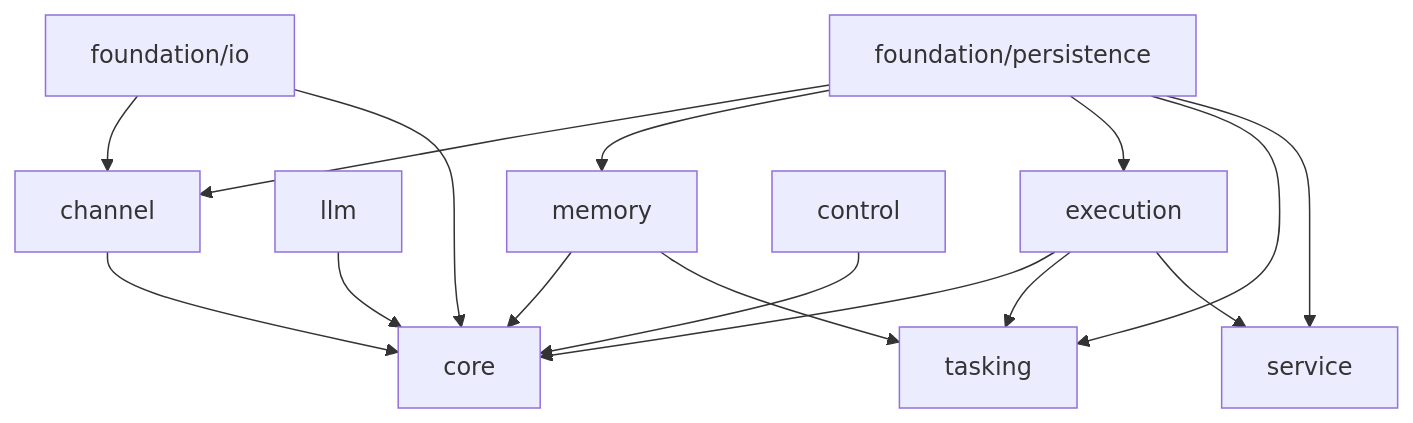
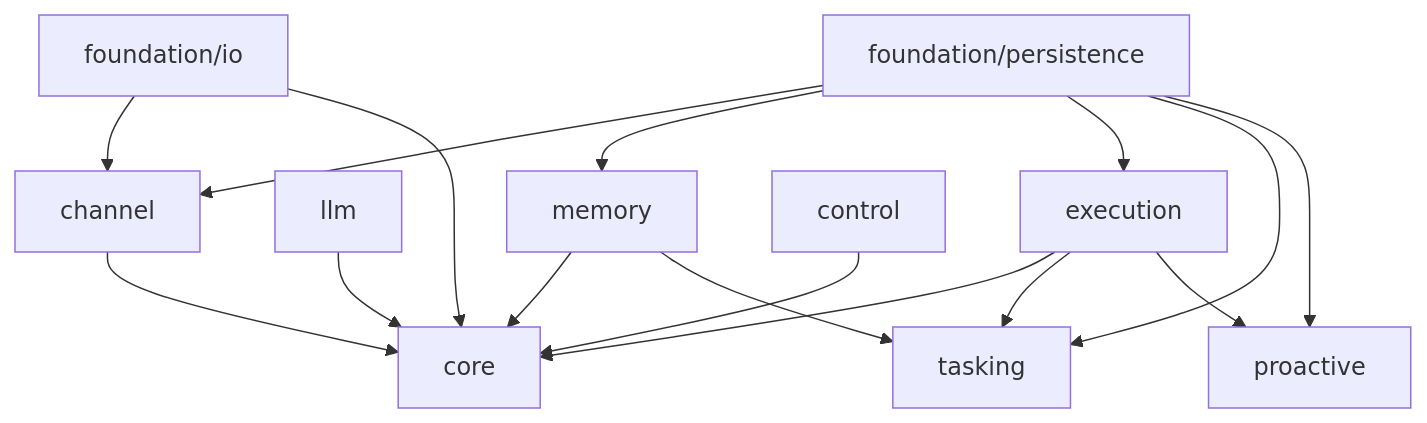
One commit to OtakuNathan/Pal changed the diagram in docs/pal_runtime_stack.md. Above: the diagram before and after it, drawn with Mermaid. The commit also changed other lines of this file and 150 other files, not shown here.

````diff
--- a/docs/pal_runtime_stack.md
+++ b/docs/pal_runtime_stack.md
@@ -7,31 +7,31 @@
 ```mermaid
 flowchart TD
     IO["foundation/io"]
     PERSIST["foundation/persistence"]
     CH["channel"]
     LLM["llm"]
     MEM["memory"]
     EX["execution"]
     CTRL["control"]
     CORE["core"]
     TASK["tasking"]
-    SVC["service"]
+    PRO["proactive"]
 
     IO --> CH
     IO --> CORE
     PERSIST --> CH
     PERSIST --> MEM
     PERSIST --> EX
     PERSIST --> TASK
-    PERSIST --> SVC
+    PERSIST --> PRO
 
     CH --> CORE
     CTRL --> CORE
     MEM --> CORE
     EX --> CORE
     LLM --> CORE
 
     EX --> TASK
-    EX --> SVC
+    EX --> PRO
     MEM --> TASK
 ```
````
